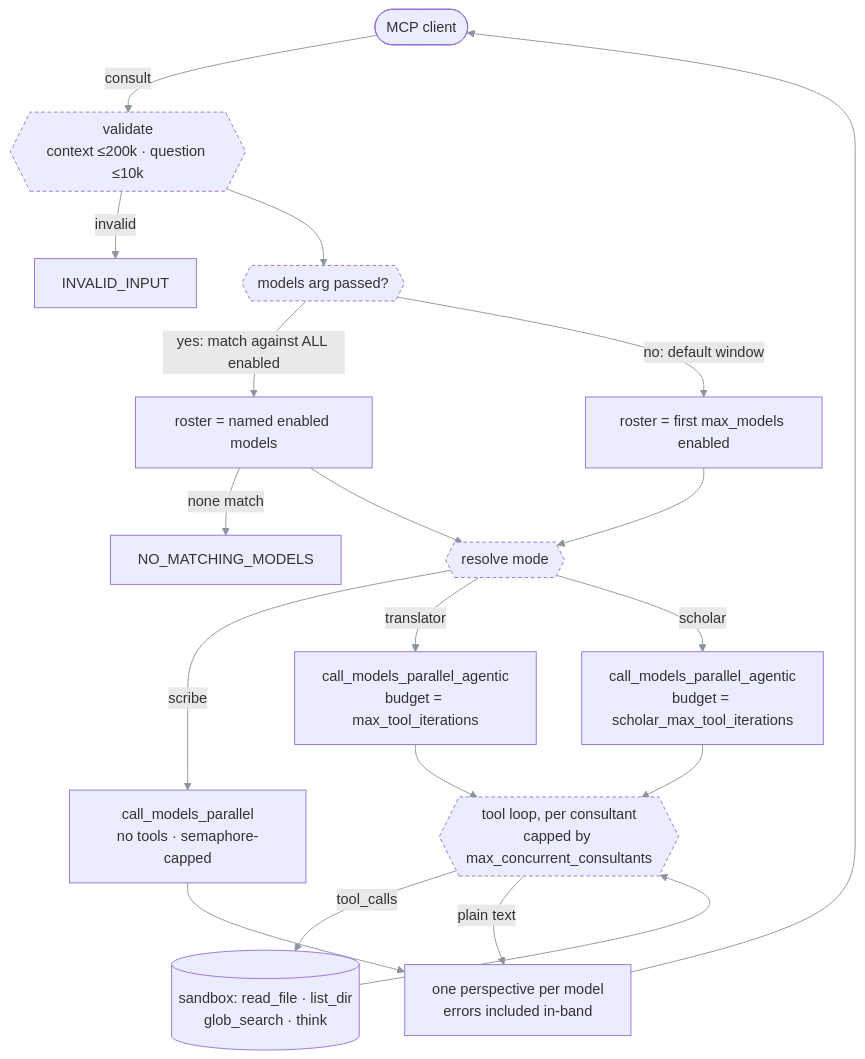
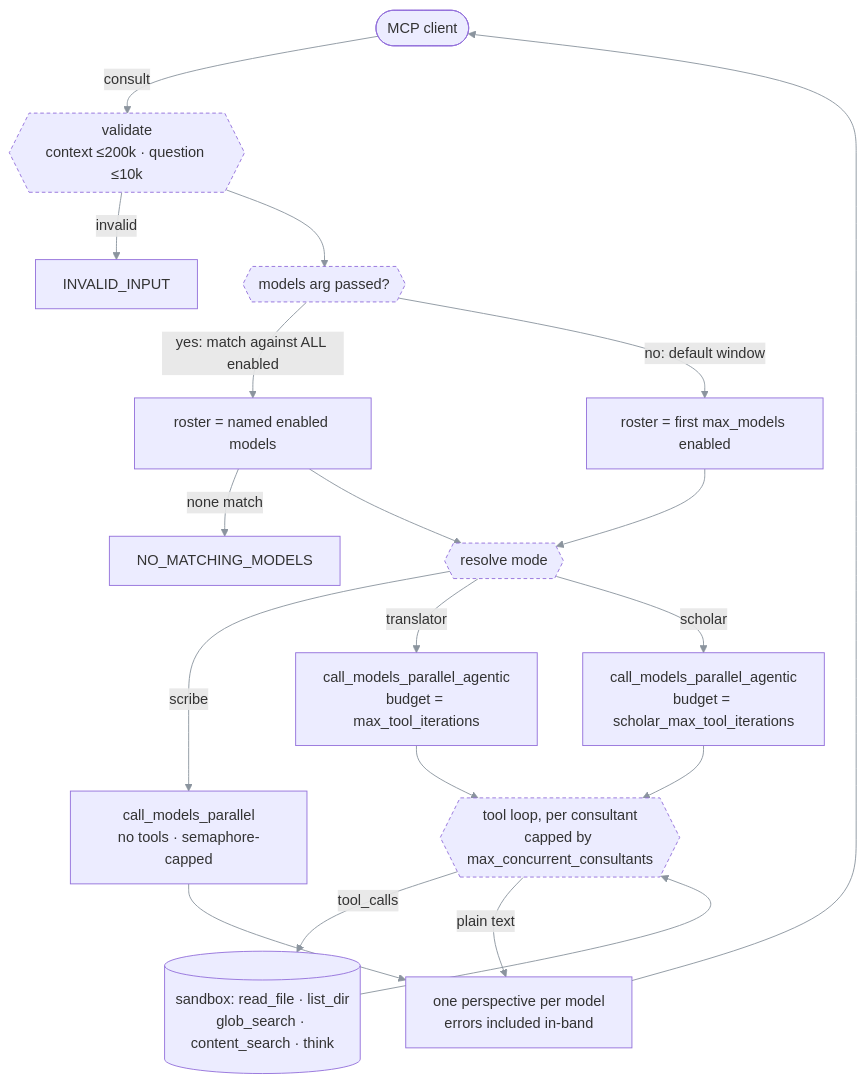
One commit to EzzoHamdan/house-of-wisdom-mcp changed the diagram in README.md. Above: the diagram before and after it, drawn with Mermaid. The commit also changed other lines of this file and 1 other file, not shown here.

Commit message:
docs: sync README/enhancements for v0.9.0 content_search, CI, and packaging

````diff
--- a/README.md
+++ b/README.md
@@ -298,26 +298,26 @@
 ```mermaid
 %%{init: {'themeVariables': {'lineColor': '#8b949e'}}}%%
 flowchart TD
     C([MCP client]) -->|consult| V{{"validate<br/>context ≤200k · question ≤10k"}}
     V -->|invalid| E1["INVALID_INPUT"]
     V --> S{{"models arg passed?"}}
     S -->|"yes: match against ALL enabled"| R1["roster = named enabled models"]
     S -->|"no: default window"| R2["roster = first max_models enabled"]
     R1 -->|none match| E2["NO_MATCHING_MODELS"]
     R1 --> M{{"resolve mode"}}
     R2 --> M
     M -->|scribe| P["call_models_parallel<br/>no tools · semaphore-capped"]
     M -->|translator| A["call_models_parallel_agentic<br/>budget = max_tool_iterations"]
     M -->|scholar| A2["call_models_parallel_agentic<br/>budget = scholar_max_tool_iterations"]
     A --> L
     A2 --> L
     L{{"tool loop, per consultant<br/>capped by max_concurrent_consultants"}}
-    L -->|tool_calls| T[("sandbox: read_file · list_dir<br/>glob_search · think")]
+    L -->|tool_calls| T[("sandbox: read_file · list_dir<br/>glob_search · content_search · think")]
     T --> L
     L -->|plain text| O["one perspective per model<br/>errors included in-band"]
     P --> O
     O --> C
 
     classDef gate stroke-dasharray:4 3;
     class V,S,M,L gate;
 ```
````
